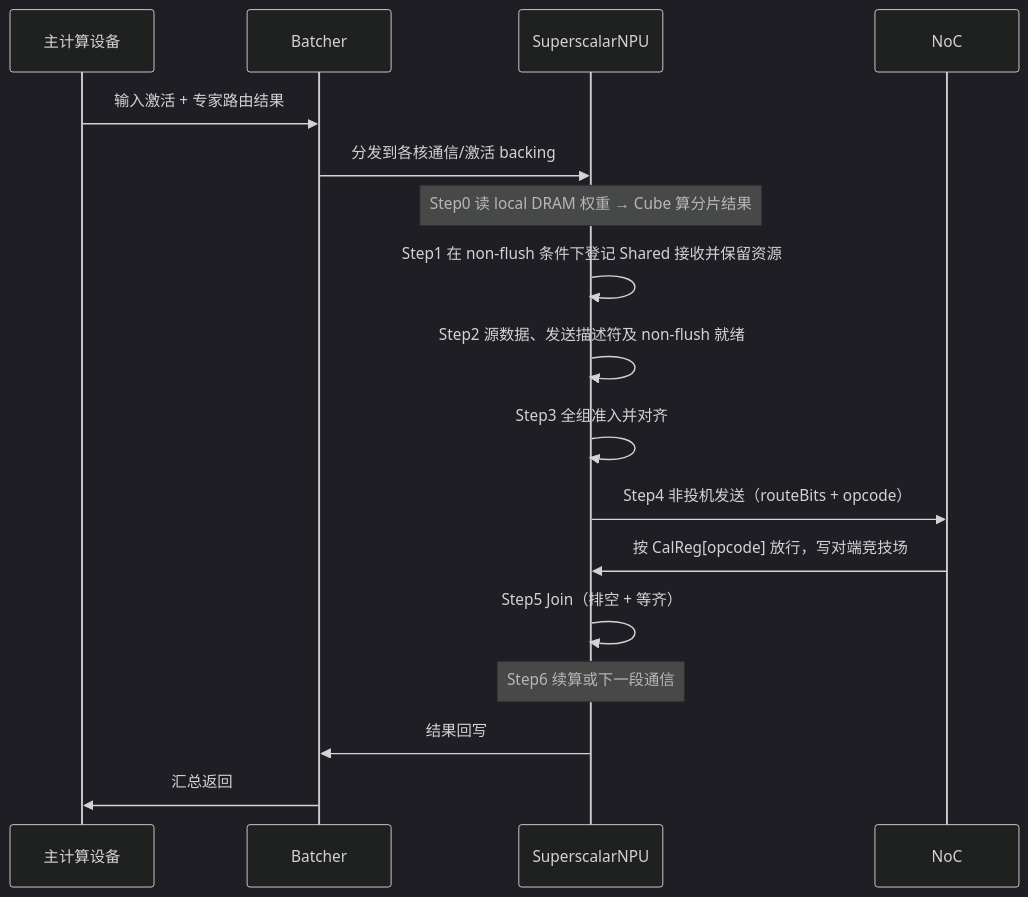
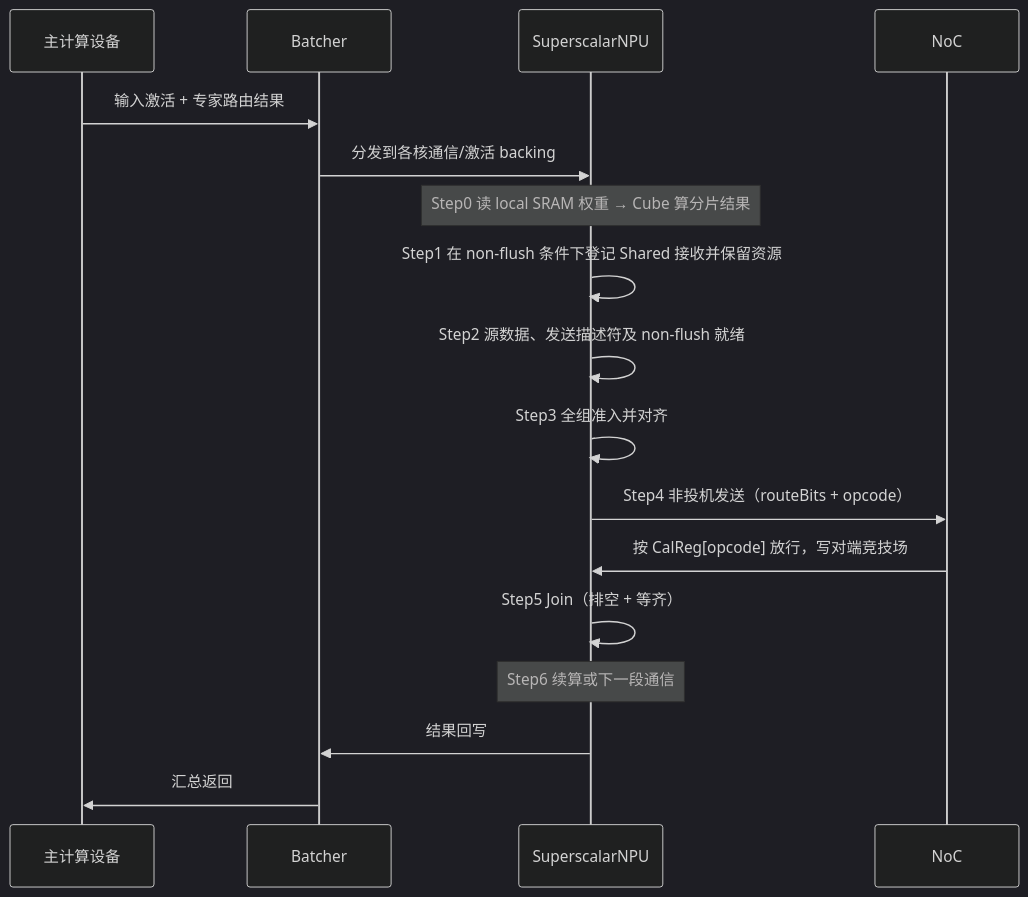
Before and after one commit to PTO-ISA/wse-model: the tenth of 12 diagrams in docs/design/wse-system-architecture-whitepaper.md, drawn with Mermaid (dark theme). The commit also changed other lines of this file and 4 other files, not shown here.

Commit message:
docs: use local SRAM for WSE weight storage

````diff
--- a/docs/design/wse-system-architecture-whitepaper.md
+++ b/docs/design/wse-system-architecture-whitepaper.md
@@ -721,19 +738,19 @@
 ```mermaid
 sequenceDiagram
   participant D as 主计算设备
   participant B as Batcher
   participant C as SuperscalarNPU
   participant N as NoC
   D->>B: 输入激活 + 专家路由结果
   B->>C: 分发到各核通信/激活 backing
-  Note over C: Step0 读 local DRAM 权重 → Cube 算分片结果
+  Note over C: Step0 读 local SRAM 权重 → Cube 算分片结果
   C->>C: Step1 在 non-flush 条件下登记 Shared 接收并保留资源
   C->>C: Step2 源数据、发送描述符及 non-flush 就绪
   C->>C: Step3 全组准入并对齐
   C->>N: Step4 非投机发送（routeBits + opcode）
   N->>C: 按 CalReg[opcode] 放行，写对端竞技场
   C->>C: Step5 Join（排空 + 等齐）
   Note over C: Step6 续算或下一段通信
   C->>B: 结果回写
   B->>D: 汇总返回
 ```
````
